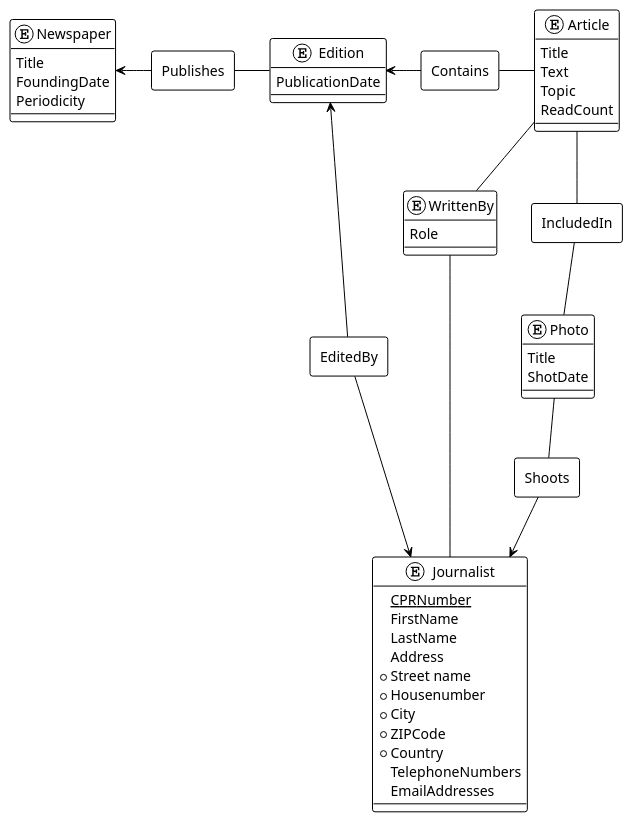
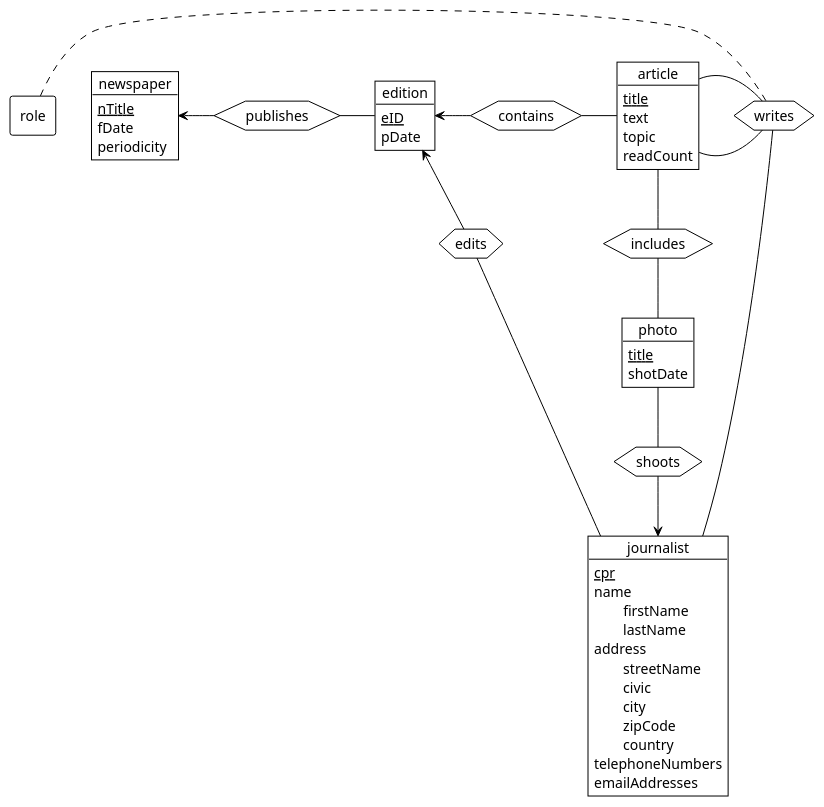
The diagram in plantUml/husDiagram.plantuml (s235070/G18_SQL), drawn with PlantUML before and after one commit.

Commit message:
changes to uml diagram

```diff
--- a/plantUml/husDiagram.plantuml
+++ b/plantUml/husDiagram.plantuml
@@ -1,73 +1,80 @@
 @startuml DKAvisen
 !theme plain
 
-entity Newspaper {
-  Title
-  FoundingDate
-  Periodicity
+
+object newspaper {
+  {static}nTitle
+  fDate
+  periodicity
 }
 
-entity Edition {
-  PublicationDate
+object edition {
+  {static}eID
+  pDate
 }
 
-entity Article {
-  Title
-  Text
-  Topic
-  ReadCount
+object article {
+  {static}title
+  text
+  topic
+  readCount
 }
 
-entity Photo {
-  Title
-  ShotDate
+object photo {
+  {static}title
+  shotDate
 }
 
-entity Journalist {
-  <u>CPRNumber</u>
-  FirstName
-  LastName
-  Address
-  *Street name
-  *Housenumber
-  *City
-  *ZIPCode
-  *Country
-  TelephoneNumbers
-  EmailAddresses
+object journalist {
+  {static}cpr
+  name
+  \tfirstName
+  \tlastName
+  address
+    \tstreetName
+    \tcivic
+    \tcity
+    \tzipCode
+    \tcountry  
+  telephoneNumbers
+  emailAddresses
 }
 
-'Relationships
-entity "WrittenBy" {
-  Role
+rectangle role{
 }
 
-rectangle Publishes {
+
+hexagon writes{
 }
 
-rectangle EditedBy {
+hexagon publishes{
 }
 
-rectangle Contains {
+hexagon edits{
 }
 
-rectangle Shoots {
+hexagon contains {
 }
 
-rectangle IncludedIn {
+hexagon shoots{
 }
 
-Newspaper <-right- Publishes
-Publishes -right- Edition
-Edition <-right- Contains
-Edition <-right- EditedBy
-EditedBy -right-> Journalist
-Contains -right- Article
-Article -right- "WrittenBy"
-"WrittenBy" -right- Journalist
-Photo -down- Shoots
-Shoots -down-> Journalist
-Article -down- IncludedIn
-IncludedIn -down- Photo
+hexagon includes {
+}
+
+newspaper <-right- publishes
+publishes -right- edition
+edition <-right- contains
+edition <-right- edits
+edits -right- journalist
+contains -right- article
+article -right- writes
+article -right- writes
+writes .left role
+writes -right- journalist
+photo -down- shoots
+shoots -down-> journalist
+article -down- includes
+includes -down- photo
 
 @enduml
```
